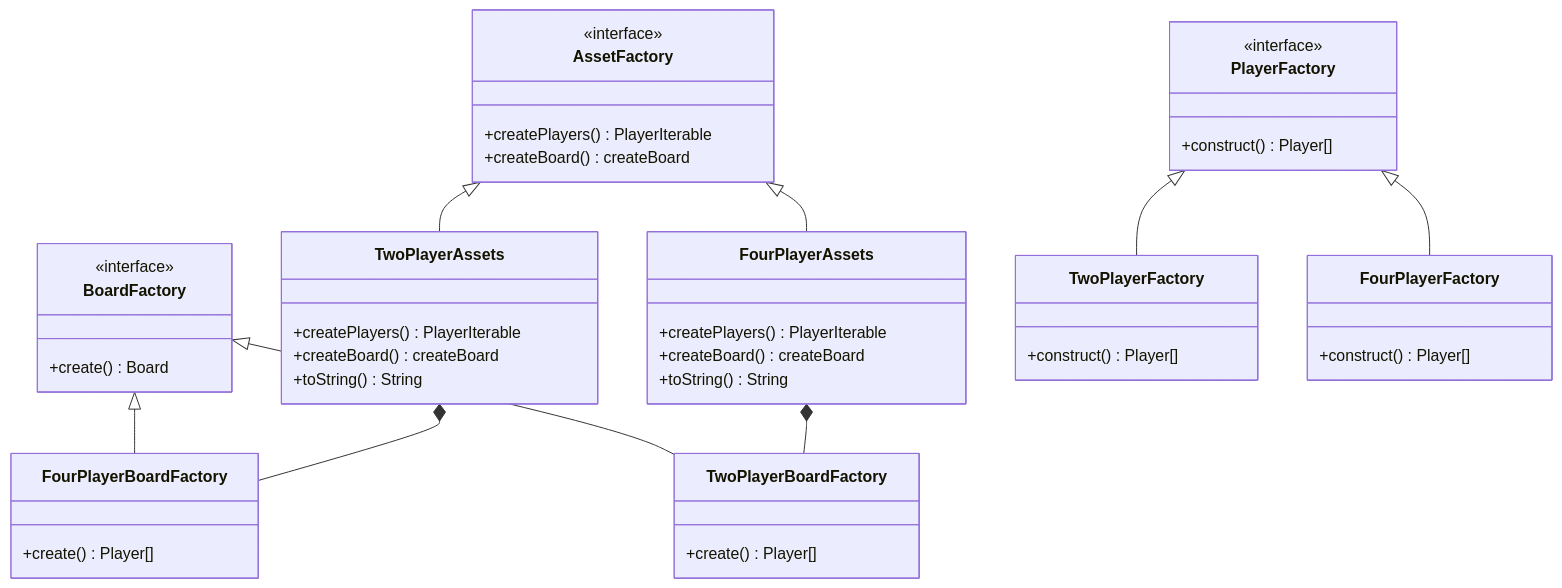
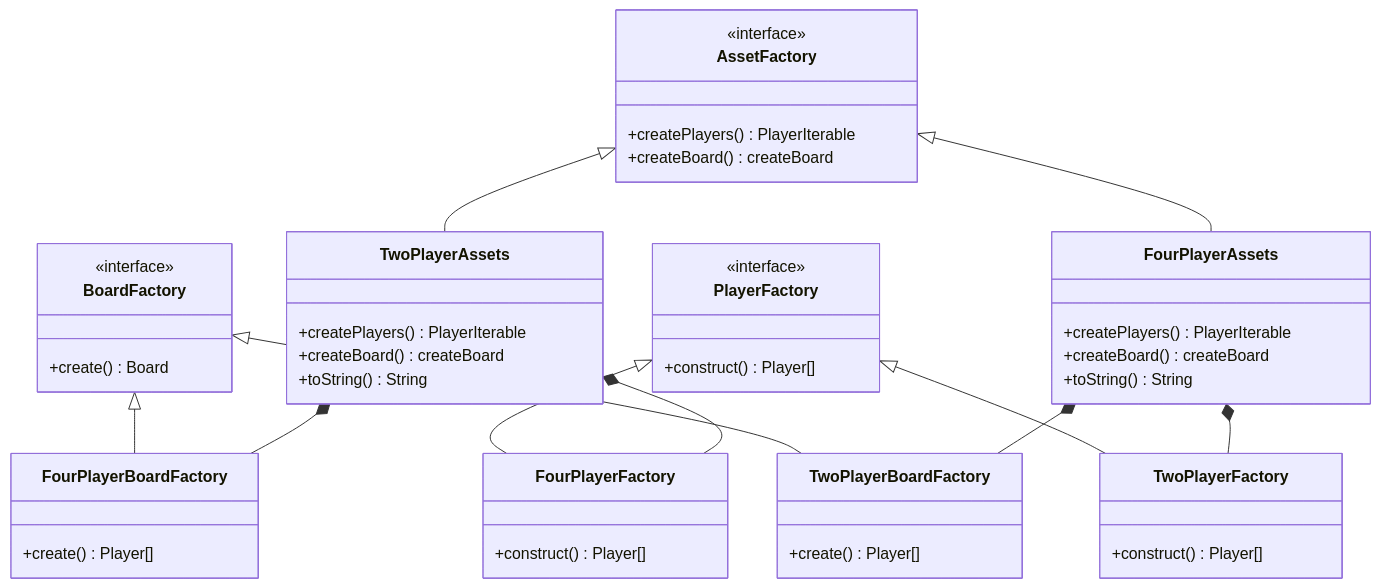
Before and after one commit to Luke3470/DesignPaternsUni: the fourth of 4 diagrams in README.md, drawn with Mermaid.

Commit message:
Player Graph Done

````diff
--- a/README.md
+++ b/README.md
@@ -120,54 +120,56 @@
 ```mermaid
 classDiagram
 
     class AssetFactory {
         <<interface>>
         +createPlayers() PlayerIterable
         +createBoard() createBoard
     }
     
     class BoardFactory {
         <<interface>>
         +create() Board
     }
     
     class PlayerFactory{
         <<interface>>
         +construct() Player[]    
     }
     
     class TwoPlayerAssets{
         +createPlayers() PlayerIterable
         +createBoard() createBoard
         +toString() String
     }
     
     class FourPlayerAssets{
         +createPlayers() PlayerIterable
         +createBoard() createBoard
         +toString() String
     }
     
     class TwoPlayerFactory{
         +construct() Player[]    
     }
     
     class FourPlayerFactory{
         +construct() Player[]    
     }
     class TwoPlayerBoardFactory{
         +create() Player[]    
     }
     class FourPlayerBoardFactory{
         +create() Player[]    
     }
         
     PlayerFactory <|-- TwoPlayerFactory
     PlayerFactory <|-- FourPlayerFactory
     BoardFactory <|-- TwoPlayerBoardFactory
     BoardFactory <|-- FourPlayerBoardFactory
     FourPlayerAssets *-- TwoPlayerBoardFactory
     TwoPlayerAssets *-- FourPlayerBoardFactory
+    FourPlayerAssets *-- TwoPlayerFactory
+    TwoPlayerAssets *-- FourPlayerFactory
     AssetFactory <|-- TwoPlayerAssets
     AssetFactory <|-- FourPlayerAssets
 ```
````
